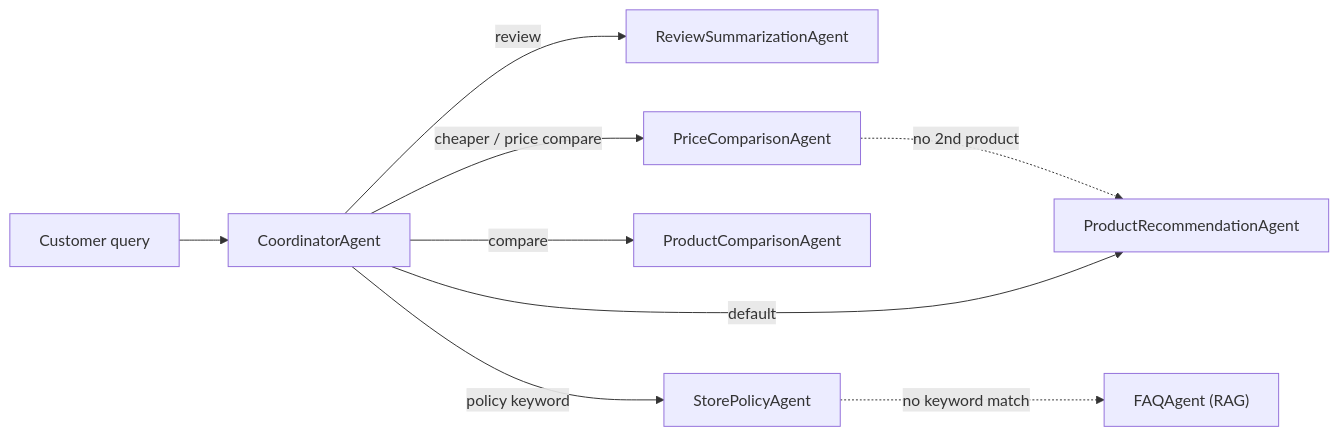
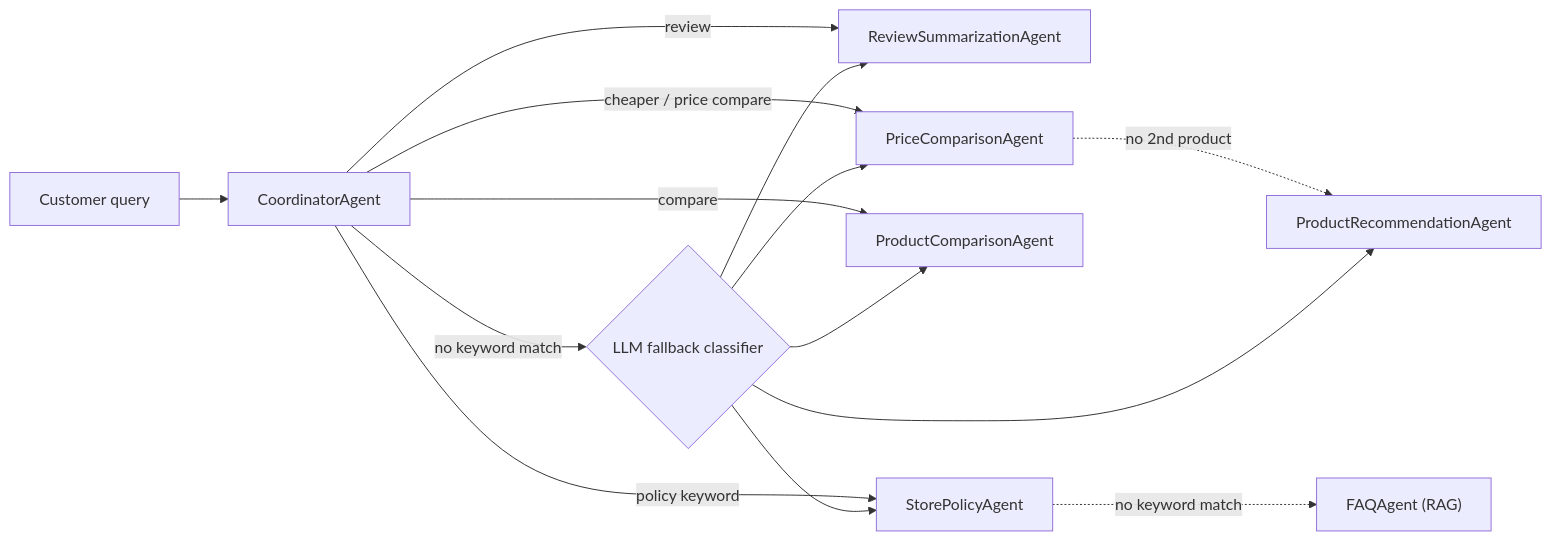
One commit to Tegdam/pickr_ai changed the diagram in README.md. Above: the diagram before and after it, drawn with Mermaid. The commit also changed other lines of this file and 3 other files, not shown here.

First line of the commit message:
feat: add narrow LLM fallback for queries that match no routing keyword

````diff
--- a/README.md
+++ b/README.md
@@ -7,11 +7,16 @@
 ```mermaid
 flowchart LR
     Q[Customer query] --> C[CoordinatorAgent]
     C -->|"review"| RSA[ReviewSummarizationAgent]
     C -->|"cheaper" / price compare| PCA[PriceComparisonAgent]
     PCA -. no 2nd product .-> PRA[ProductRecommendationAgent]
     C -->|"compare"| PRCA[ProductComparisonAgent]
     C -->|policy keyword| SPA[StorePolicyAgent]
     SPA -. no keyword match .-> FAQ["FAQAgent (RAG)"]
-    C -->|default| PRA
+    C -->|no keyword match| LLM{LLM fallback classifier}
+    LLM --> RSA
+    LLM --> PCA
+    LLM --> PRCA
+    LLM --> SPA
+    LLM --> PRA
 ```
````
